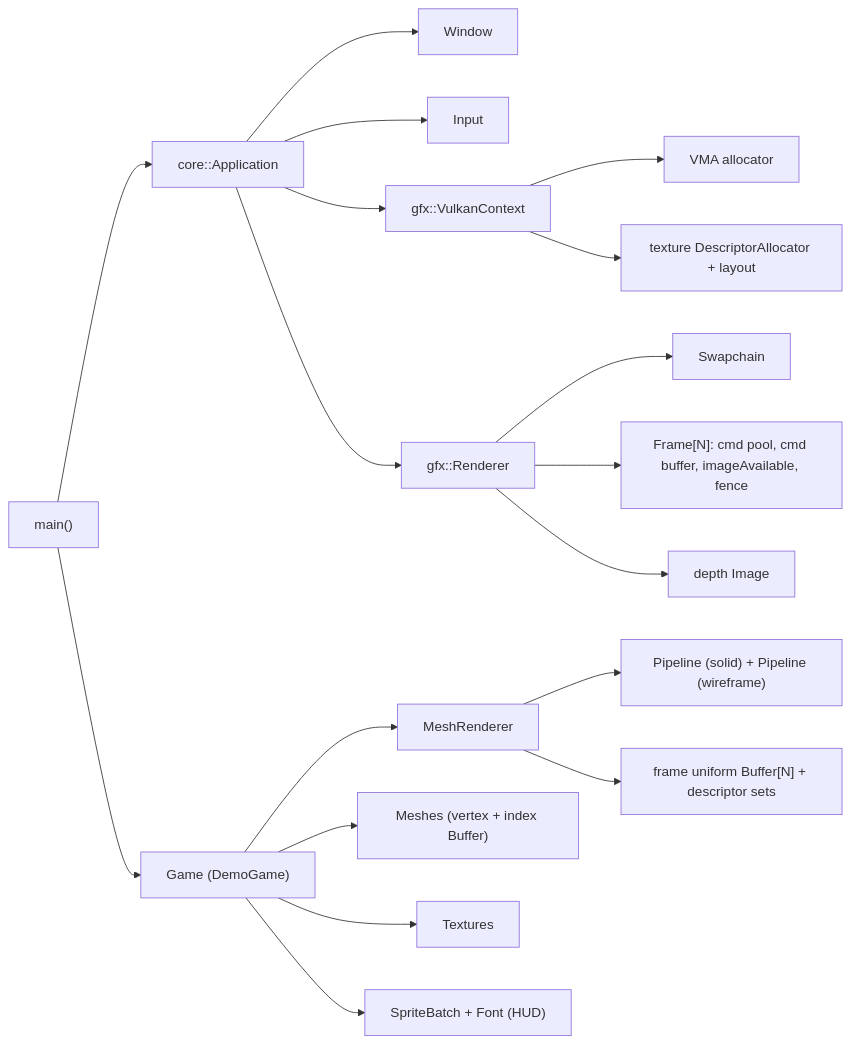
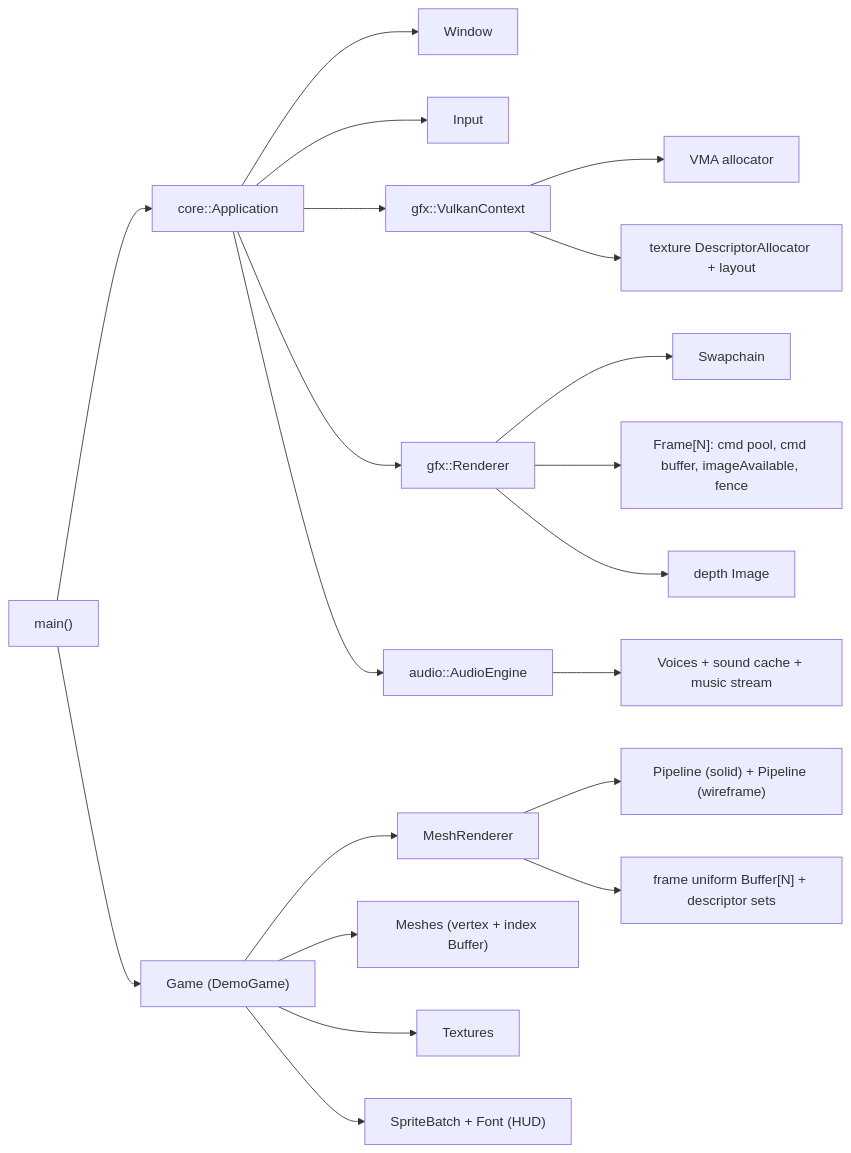
Before and after one commit to Chuck5ta/3DBaseFramework: the third of 9 diagrams in docs/ARCHITECTURE.md, drawn with Mermaid. The commit also changed other lines of this file and 14 other files, not shown here.

````diff
--- a/docs/ARCHITECTURE.md
+++ b/docs/ARCHITECTURE.md
@@ -259,20 +313,22 @@
 ```mermaid
 flowchart LR
     main["main()"] --> app["core::Application"]
     main --> g["Game (DemoGame)"]
     app --> win["Window"]
     app --> inp["Input"]
     app --> ctx["gfx::VulkanContext"]
     app --> ren["gfx::Renderer"]
+    app --> aud["audio::AudioEngine"]
+    aud --> voices["Voices + sound cache + music stream"]
     ren --> sc["Swapchain"]
     ren --> fr["Frame[N]: cmd pool, cmd buffer, imageAvailable, fence"]
     ctx --> vma["VMA allocator"]
     ctx --> tds["texture DescriptorAllocator + layout"]
     ren --> depth["depth Image"]
     g --> mr["MeshRenderer"]
     g --> meshes["Meshes (vertex + index Buffer)"]
     g --> tex["Textures"]
     g --> hud["SpriteBatch + Font (HUD)"]
     mr --> pipe["Pipeline (solid) + Pipeline (wireframe)"]
     mr --> ubo["frame uniform Buffer[N] + descriptor sets"]
 ```
````
